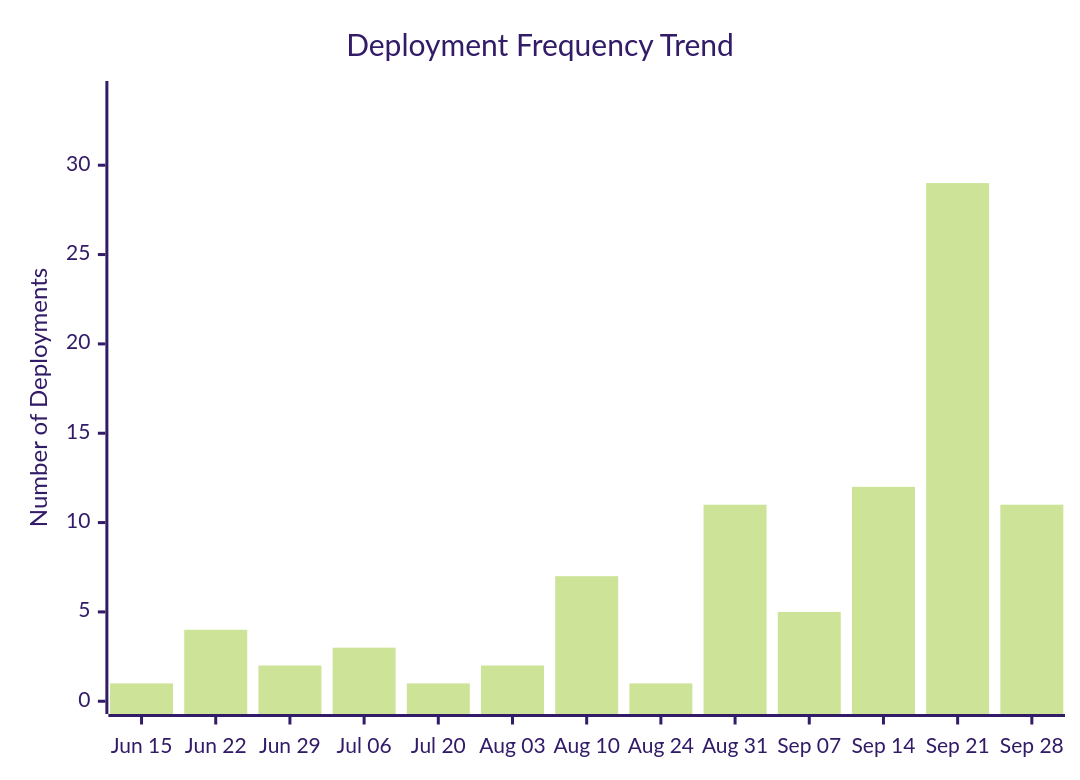
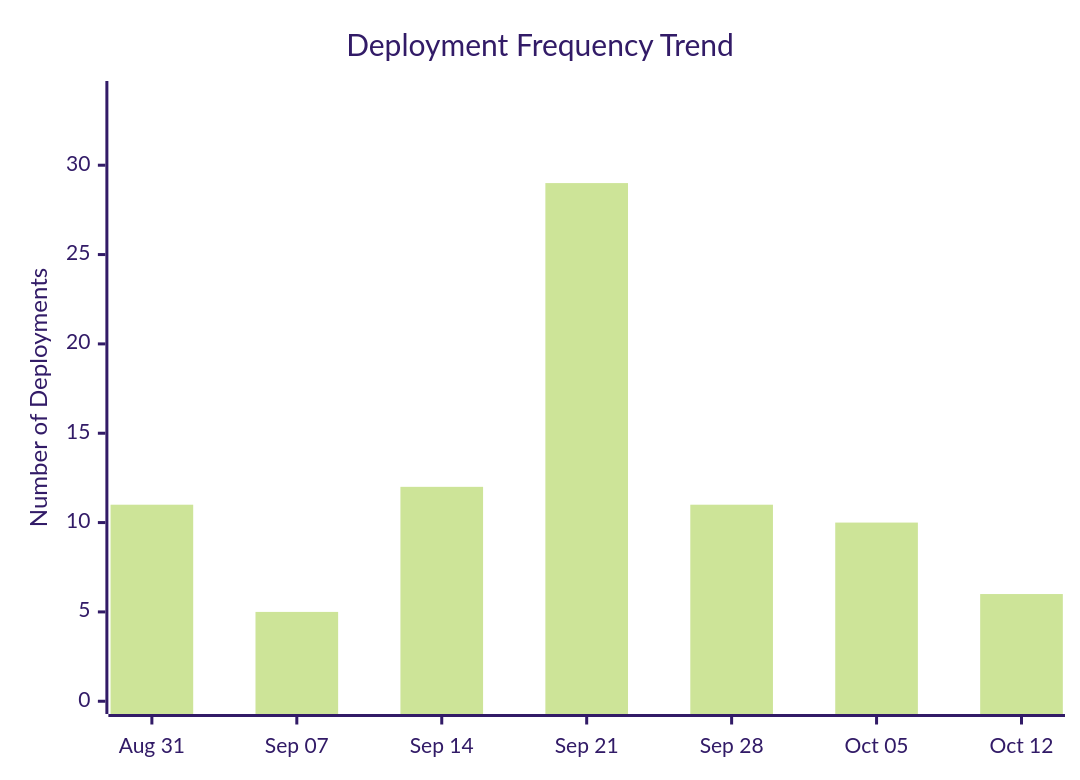
One commit to ukma-cs-ssdm-2025/rate-ukma changed the third of 4 diagrams in docs/ci-cd/dora-summary.md. Above: the diagram before and after it, drawn with Mermaid (forest theme). The commit also changed other lines of this file, not shown here.

````diff
--- a/docs/ci-cd/dora-summary.md
+++ b/docs/ci-cd/dora-summary.md
@@ -55,7 +50,7 @@
 ```mermaid
 xychart-beta
     title "Deployment Frequency Trend"
-    x-axis ["Jun 15", "Jun 22", "Jun 29", "Jul 06", "Jul 20", "Aug 03", "Aug 10", "Aug 24", "Aug 31", "Sep 07", "Sep 14", "Sep 21", "Sep 28"]
+    x-axis ["Aug 31", "Sep 07", "Sep 14", "Sep 21", "Sep 28", "Oct 05", "Oct 12"]
     y-axis "Number of Deployments" 0 --> 34
-    bar [1.00, 4.00, 2.00, 3.00, 1.00, 2.00, 7.00, 1.00, 11.00, 5.00, 12.00, 29.00, 11.00]
+    bar [11.00, 5.00, 12.00, 29.00, 11.00, 10.00, 6.00]
 ```
````
